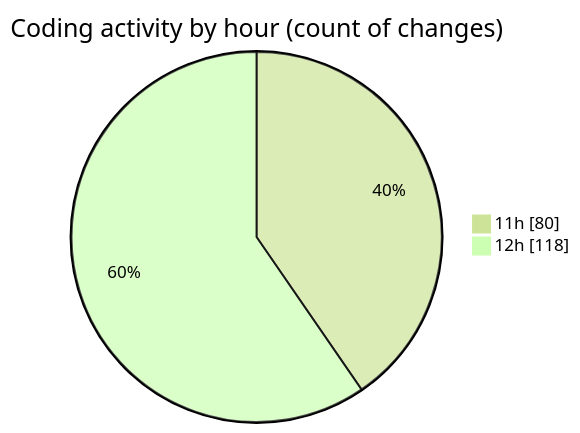
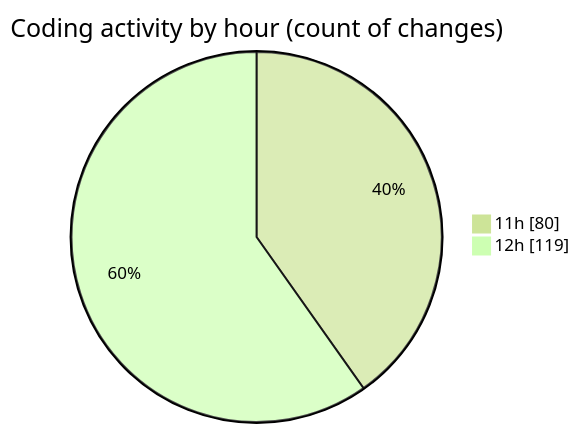
One commit to nxtqubesakshisongat/code-tracking changed the second of 2 diagrams in 2025-04-19/nxtqube_webapp/README.md. Above: the diagram before and after it, drawn with Mermaid (forest theme). The commit also changed other lines of this file and 1 other file, not shown here.

````diff
--- a/2025-04-19/nxtqube_webapp/README.md
+++ b/2025-04-19/nxtqube_webapp/README.md
@@ -37,6 +37,6 @@
 ```mermaid
 pie showData
 title Coding activity by hour (count of changes)
 "11h" : 80
-"12h" : 118
+"12h" : 119
 ```
````
